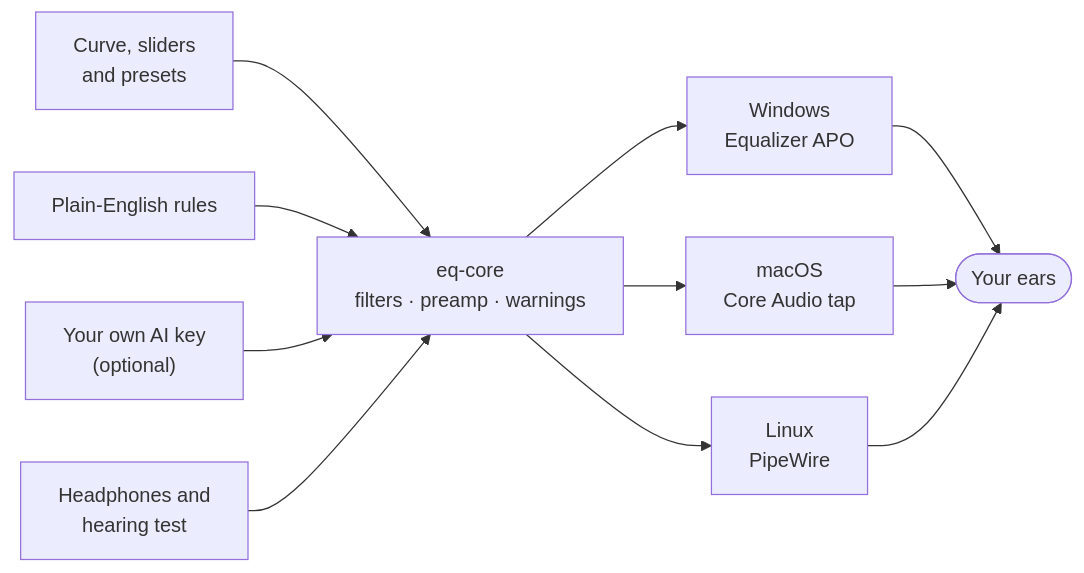
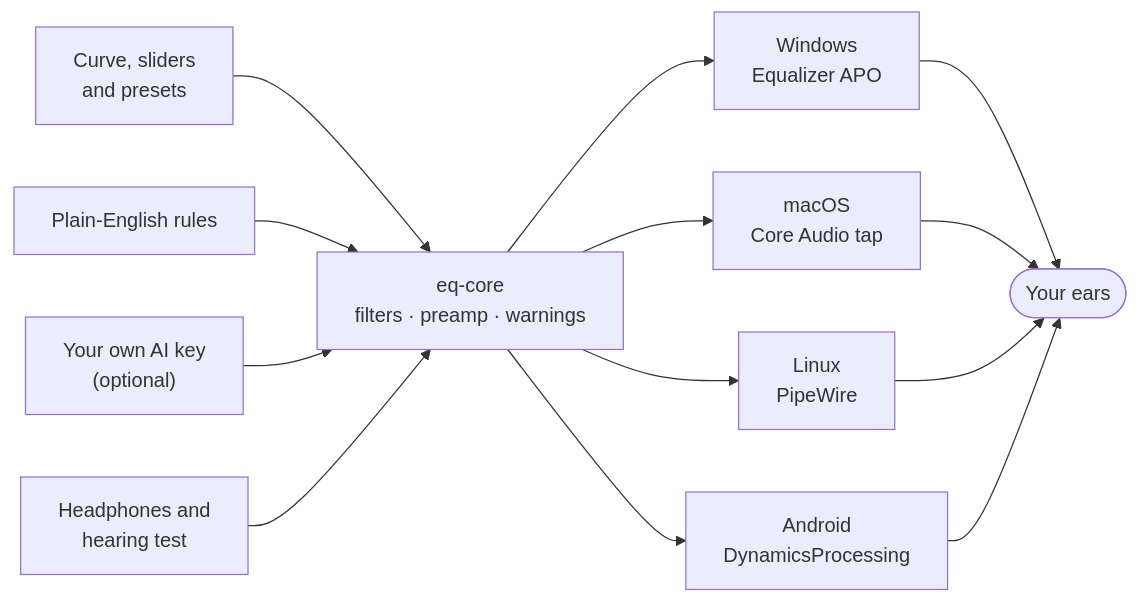
One commit to AdityaTummuri/EQaura changed the diagram in README.md. Above: the diagram before and after it, drawn with Mermaid. The commit also changed other lines of this file and 90 other files, not shown here.

````diff
--- a/README.md
+++ b/README.md
@@ -94,12 +103,13 @@
 ```mermaid
 flowchart LR
     UI["Curve, sliders<br>and presets"] --> core
     Rules["Plain-English rules"] --> core
     AI["Your own AI key<br>(optional)"] --> core
     Head["Headphones and<br>hearing test"] --> core
     core["eq-core<br>filters · preamp · warnings"]
     core --> W["Windows<br>Equalizer APO"]
     core --> M["macOS<br>Core Audio tap"]
     core --> L["Linux<br>PipeWire"]
-    W & M & L --> Out(["Your ears"])
+    core --> A["Android<br>DynamicsProcessing"]
+    W & M & L & A --> Out(["Your ears"])
 ```
````
